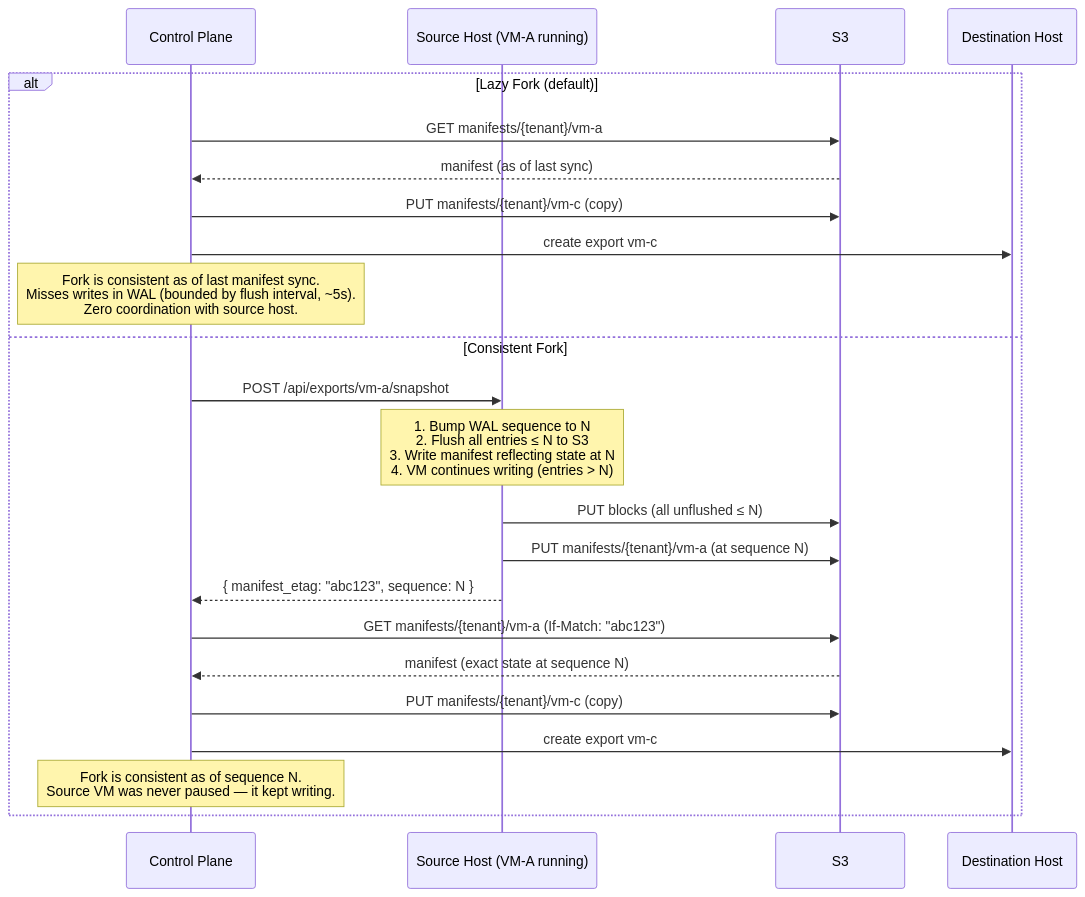
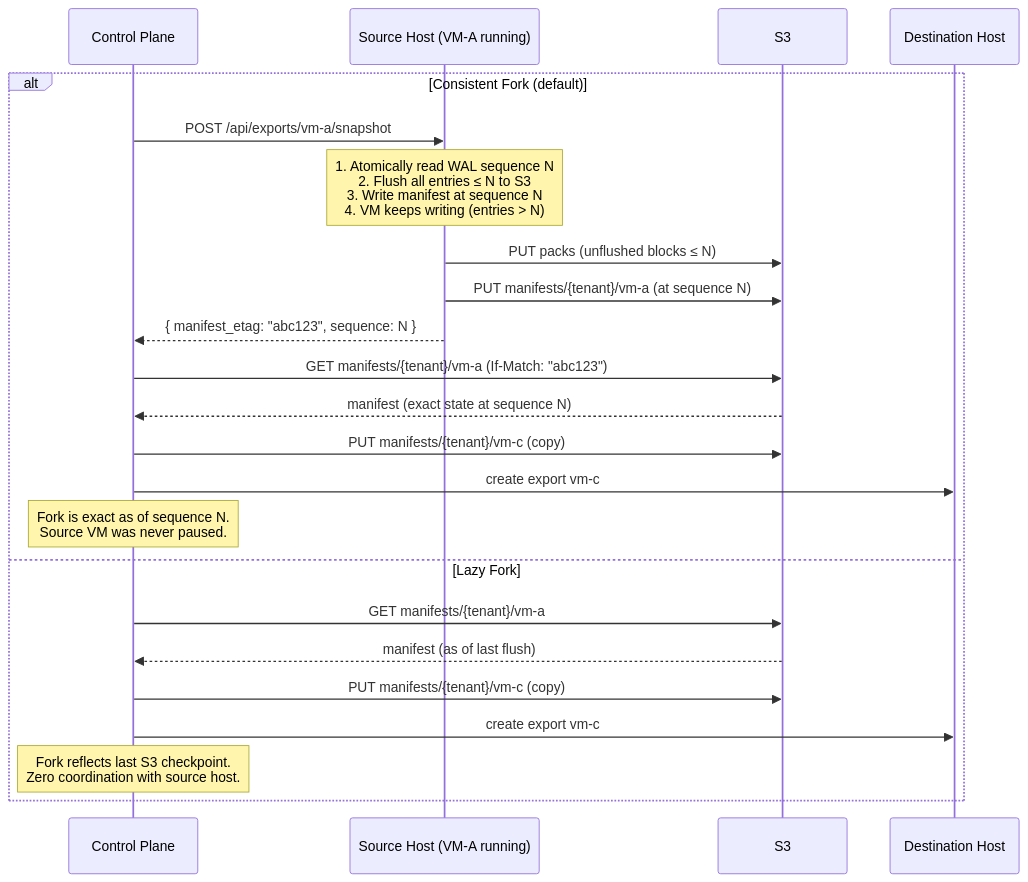
Before and after one commit to paraglidehq/glidefs: the eighth of 13 diagrams in GLIDEv2.md, drawn with Mermaid. The commit also changed other lines of this file, not shown here.

````diff
--- a/GLIDEv2.md
+++ b/GLIDEv2.md
@@ -315,28 +473,28 @@
 ```mermaid
 sequenceDiagram
     participant CP as Control Plane
     participant SRC as Source Host (VM-A running)
     participant S3 as S3
     participant DST as Destination Host
 
-    alt Lazy Fork (default)
-        CP->>S3: GET manifests/{tenant}/vm-a
-        S3-->>CP: manifest (as of last sync)
-        CP->>S3: PUT manifests/{tenant}/vm-c (copy)
-        CP->>DST: create export vm-c
-        Note over CP: Fork is consistent as of last manifest sync.<br/>Misses writes in WAL (bounded by flush interval, ~5s).<br/>Zero coordination with source host.
-
-    else Consistent Fork
+    alt Consistent Fork (default)
         CP->>SRC: POST /api/exports/vm-a/snapshot
-        Note over SRC: 1. Bump WAL sequence to N<br/>2. Flush all entries ≤ N to S3<br/>3. Write manifest reflecting state at N<br/>4. VM continues writing (entries > N)
-        SRC->>S3: PUT blocks (all unflushed ≤ N)
+        Note over SRC: 1. Atomically read WAL sequence N<br/>2. Flush all entries ≤ N to S3<br/>3. Write manifest at sequence N<br/>4. VM keeps writing (entries > N)
+        SRC->>S3: PUT packs (unflushed blocks ≤ N)
         SRC->>S3: PUT manifests/{tenant}/vm-a (at sequence N)
         SRC-->>CP: { manifest_etag: "abc123", sequence: N }
 
         CP->>S3: GET manifests/{tenant}/vm-a (If-Match: "abc123")
         S3-->>CP: manifest (exact state at sequence N)
         CP->>S3: PUT manifests/{tenant}/vm-c (copy)
         CP->>DST: create export vm-c
-        Note over CP: Fork is consistent as of sequence N.<br/>Source VM was never paused — it kept writing.
+        Note over CP: Fork is exact as of sequence N.<br/>Source VM was never paused.
+
+    else Lazy Fork
+        CP->>S3: GET manifests/{tenant}/vm-a
+        S3-->>CP: manifest (as of last flush)
+        CP->>S3: PUT manifests/{tenant}/vm-c (copy)
+        CP->>DST: create export vm-c
+        Note over CP: Fork reflects last S3 checkpoint.<br/>Zero coordination with source host.
     end
 ```
````
